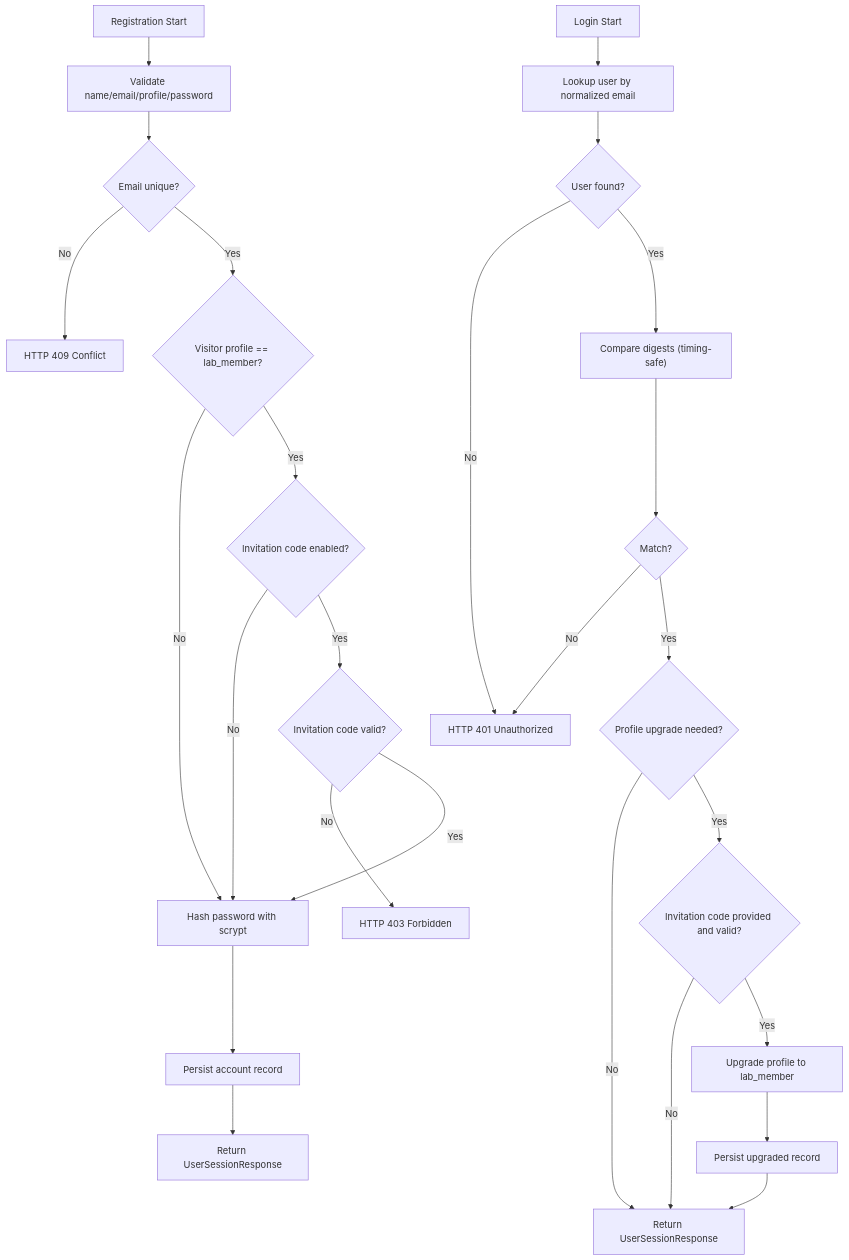
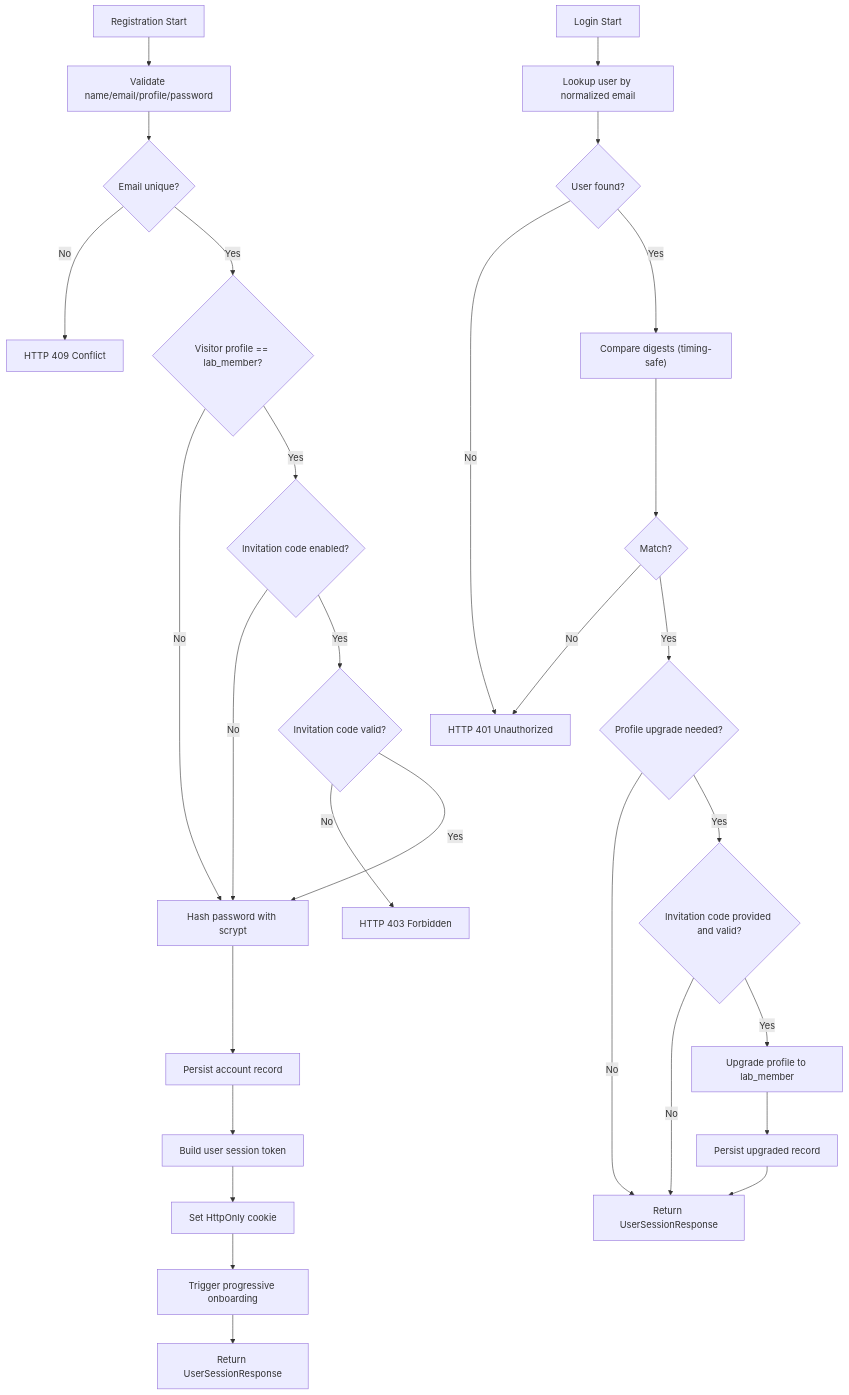
The tenth of 16 diagrams in .qoder/repowiki/en/content/Core Components/Authentication System.md (intellistream/sage-mate), drawn with Mermaid before and after one commit. The commit also changed other lines of this file and 53 other files, not shown here.

First line of the commit message:
chore: update ROADMAP and changelog for v4.1.0–v4.2.5, frontend UX fixes

````diff
--- a/.qoder/repowiki/en/content/Core Components/Authentication System.md
+++ b/.qoder/repowiki/en/content/Core Components/Authentication System.md
@@ -351,28 +451,31 @@
 ```mermaid
 flowchart TD
 RegStart["Registration Start"] --> Validate["Validate name/email/profile/password"]
 Validate --> Unique{"Email unique?"}
 Unique --> |No| Conflict["HTTP 409 Conflict"]
 Unique --> |Yes| ProfileCheck{"Visitor profile == lab_member?"}
 ProfileCheck --> |No| Hash["Hash password with scrypt"]
 ProfileCheck --> |Yes| InvEnabled{"Invitation code enabled?"}
 InvEnabled --> |No| Hash
 InvEnabled --> |Yes| InvValid{"Invitation code valid?"}
 InvValid --> |No| Forbidden["HTTP 403 Forbidden"]
 InvValid --> |Yes| Hash
 Hash --> Persist["Persist account record"]
-Persist --> DoneReg["Return UserSessionResponse"]
+Persist --> Token["Build user session token"]
+Token --> Cookie["Set HttpOnly cookie"]
+Cookie --> Onboarding["Trigger progressive onboarding"]
+Onboarding --> DoneReg["Return UserSessionResponse"]
 LoginStart["Login Start"] --> Find["Lookup user by normalized email"]
 Find --> Found{"User found?"}
 Found --> |No| Unauthorized["HTTP 401 Unauthorized"]
 Found --> |Yes| Compare["Compare digests (timing-safe)"]
 Compare --> Match{"Match?"}
 Match --> |No| Unauthorized
 Match --> |Yes| UpgradeCheck{"Profile upgrade needed?"}
 UpgradeCheck --> |No| DoneLogin["Return UserSessionResponse"]
 UpgradeCheck --> |Yes| InvCheck{"Invitation code provided and valid?"}
 InvCheck --> |No| DoneLogin
 InvCheck --> |Yes| Upgrade["Upgrade profile to lab_member"]
 Upgrade --> PersistUpgrade["Persist upgraded record"]
 PersistUpgrade --> DoneLogin
 ```
````
